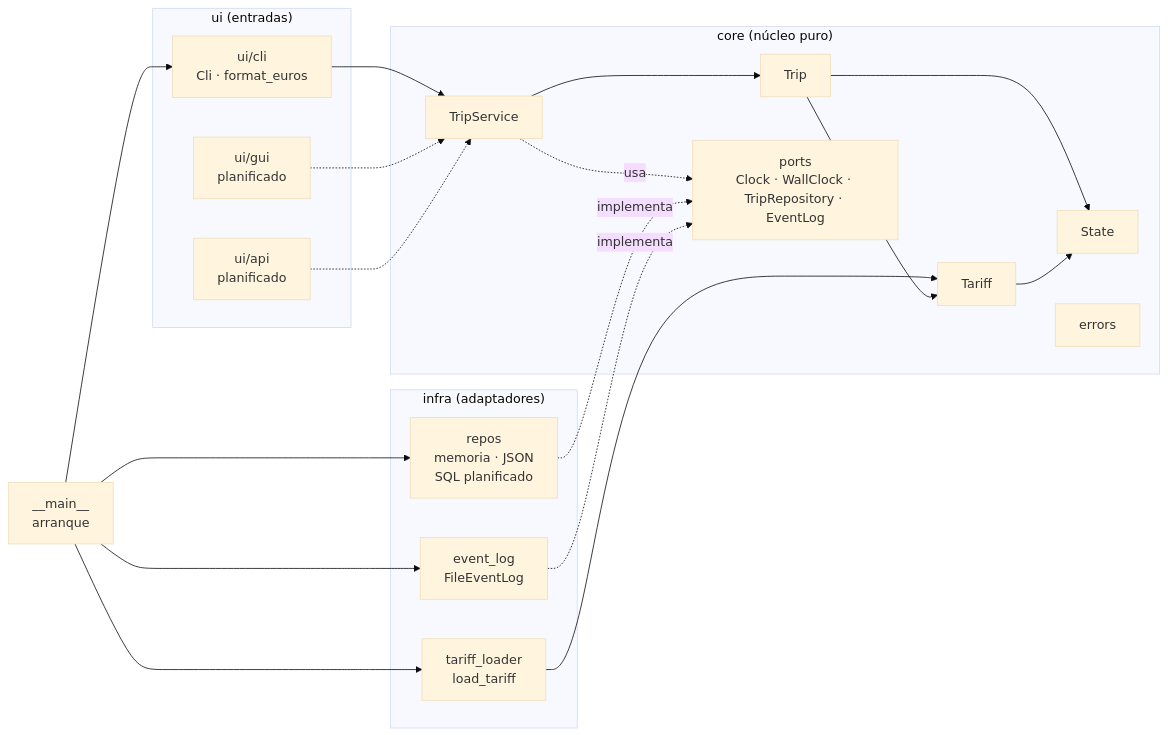
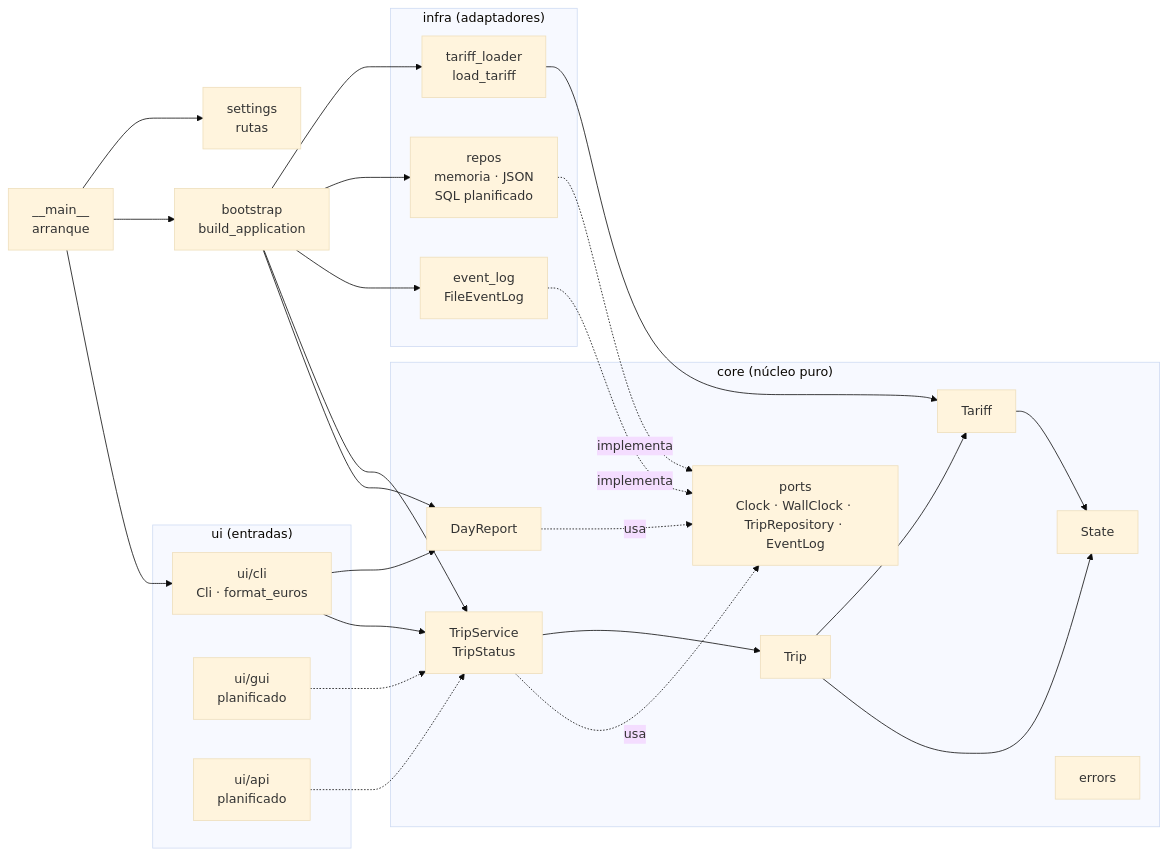
The first of 4 diagrams in docs/ARCHITECTURE.md (josegalindo-aidev/F5-project-py-taximetro), drawn with Mermaid (base theme) before and after one commit. The commit also changed other lines of this file and 2 other files, not shown here.

````diff
--- a/docs/ARCHITECTURE.md
+++ b/docs/ARCHITECTURE.md
@@ -62,41 +65,50 @@
 ```mermaid
 flowchart LR
     MAIN["__main__<br/>arranque"]
+    BOOT["bootstrap<br/>build_application"]
+    SET["settings<br/>rutas"]
 
     subgraph UI["ui (entradas)"]
         CLI["ui/cli<br/>Cli · format_euros"]
         GUI["ui/gui<br/>planificado"]
         API["ui/api<br/>planificado"]
     end
 
     subgraph CORE["core (núcleo puro)"]
-        SVC["TripService"]
+        SVC["TripService<br/>TripStatus"]
+        REP["DayReport"]
         TRIP["Trip"]
         TAR["Tariff"]
         ST["State"]
         ERR["errors"]
         PORTS["ports<br/>Clock · WallClock · TripRepository · EventLog"]
     end
 
     subgraph INFRA["infra (adaptadores)"]
         LOADER["tariff_loader<br/>load_tariff"]
         REPOS["repos<br/>memoria · JSON<br/>SQL planificado"]
         EVLOG["event_log<br/>FileEventLog"]
     end
 
+    MAIN --> SET
+    MAIN --> BOOT
     MAIN --> CLI
-    MAIN --> LOADER
-    MAIN --> REPOS
-    MAIN --> EVLOG
+    BOOT --> LOADER
+    BOOT --> REPOS
+    BOOT --> EVLOG
+    BOOT --> SVC
+    BOOT --> REP
+    CLI --> REP
+    REP -. usa .-> PORTS
     LOADER --> TAR
     CLI --> SVC
     SVC --> TRIP
     TRIP --> TAR
     TRIP --> ST
     TAR --> ST
     SVC -. usa .-> PORTS
     REPOS -. implementa .-> PORTS
     EVLOG -. implementa .-> PORTS
     GUI -.-> SVC
     API -.-> SVC
 ```
````
